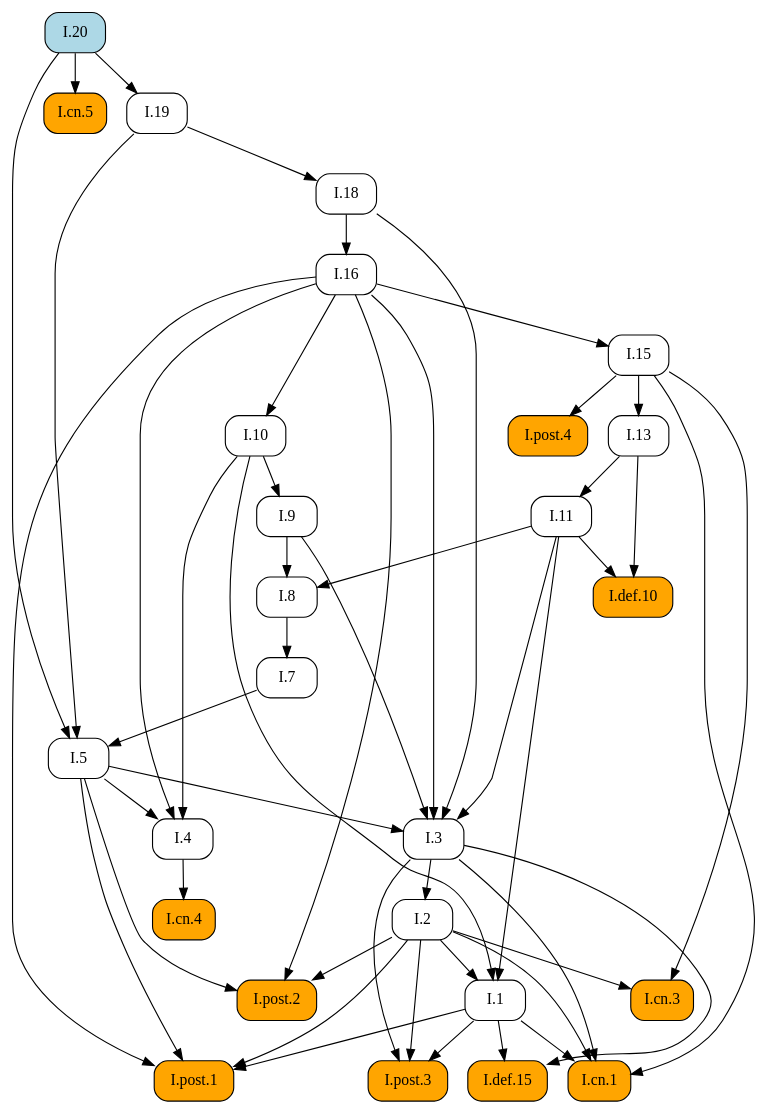
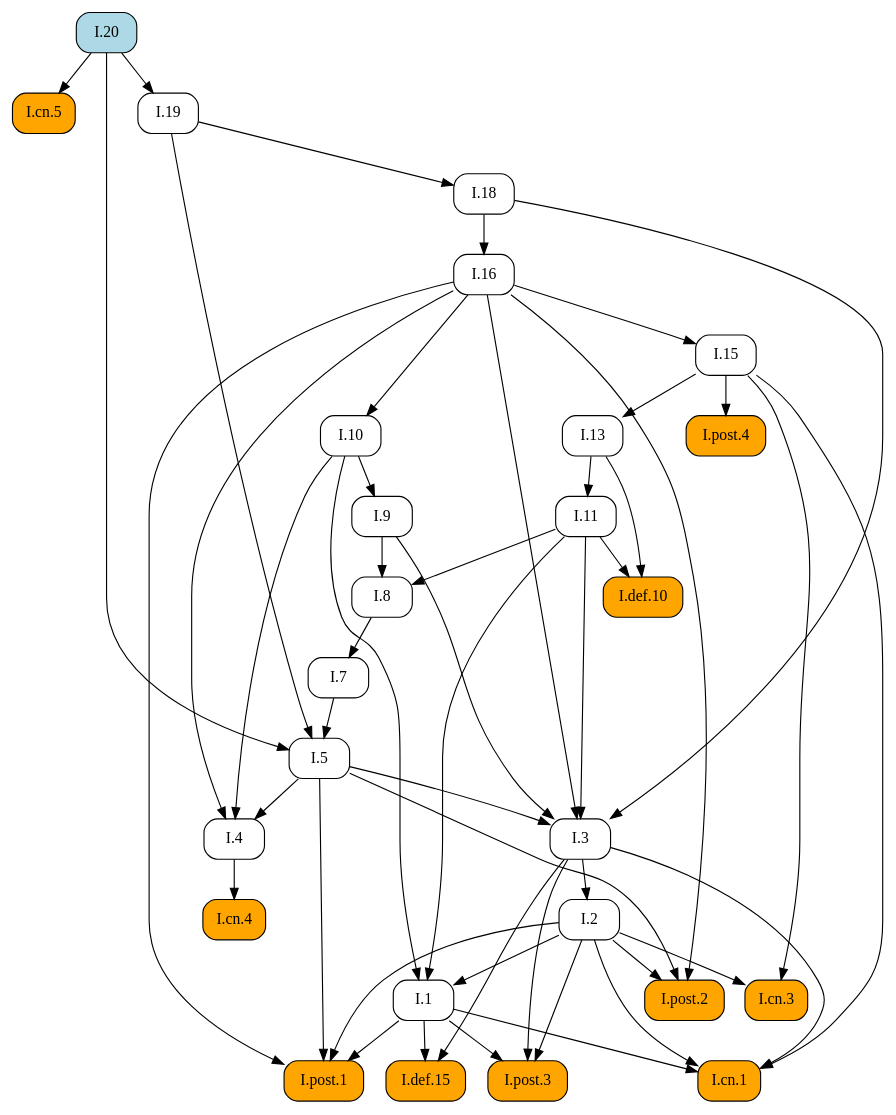
Before and after one commit to geometor/elements: the diagram in docsrc/heath/I/20/index.rst, drawn with Graphviz. The commit also changed other lines of this file and 1029 other files, not shown here.

```diff
--- a/docsrc/heath/I/20/index.rst
+++ b/docsrc/heath/I/20/index.rst
@@ -55,81 +55,81 @@
 .. graphviz::
 
    digraph {
      rankdir="TB";
      node [shape=box, style=rounded];
-     "I.13" [URL="/heath/I/13/", target="_top"];
-     "I.cn.3" [style="rounded,filled", fillcolor=orange, URL="/heath/I/cn.3/", target="_top"];
-     "I.5" [URL="/heath/I/5/", target="_top"];
+     "I.def.10" [style="rounded,filled", fillcolor=orange, URL="/heath/I/def.10/", target="_top"];
+     "I.cn.5" [style="rounded,filled", fillcolor=orange, URL="/heath/I/cn.5/", target="_top"];
+     "I.post.4" [style="rounded,filled", fillcolor=orange, URL="/heath/I/post.4/", target="_top"];
+     "I.1" [URL="/heath/I/1/", target="_top"];
      "I.11" [URL="/heath/I/11/", target="_top"];
      "I.7" [URL="/heath/I/7/", target="_top"];
+     "I.3" [URL="/heath/I/3/", target="_top"];
+     "I.20" [style="rounded,filled", fillcolor=lightblue, URL="/heath/I/20/", target="_top"];
+     "I.2" [URL="/heath/I/2/", target="_top"];
+     "I.4" [URL="/heath/I/4/", target="_top"];
+     "I.13" [URL="/heath/I/13/", target="_top"];
+     "I.post.2" [style="rounded,filled", fillcolor=orange, URL="/heath/I/post.2/", target="_top"];
+     "I.18" [URL="/heath/I/18/", target="_top"];
+     "I.16" [URL="/heath/I/16/", target="_top"];
+     "I.def.15" [style="rounded,filled", fillcolor=orange, URL="/heath/I/def.15/", target="_top"];
+     "I.19" [URL="/heath/I/19/", target="_top"];
+     "I.post.3" [style="rounded,filled", fillcolor=orange, URL="/heath/I/post.3/", target="_top"];
+     "I.9" [URL="/heath/I/9/", target="_top"];
+     "I.cn.1" [style="rounded,filled", fillcolor=orange, URL="/heath/I/cn.1/", target="_top"];
+     "I.cn.3" [style="rounded,filled", fillcolor=orange, URL="/heath/I/cn.3/", target="_top"];
+     "I.8" [URL="/heath/I/8/", target="_top"];
+     "I.cn.4" [style="rounded,filled", fillcolor=orange, URL="/heath/I/cn.4/", target="_top"];
+     "I.15" [URL="/heath/I/15/", target="_top"];
+     "I.post.1" [style="rounded,filled", fillcolor=orange, URL="/heath/I/post.1/", target="_top"];
      "I.10" [URL="/heath/I/10/", target="_top"];
-     "I.4" [URL="/heath/I/4/", target="_top"];
-     "I.3" [URL="/heath/I/3/", target="_top"];
-     "I.16" [URL="/heath/I/16/", target="_top"];
-     "I.8" [URL="/heath/I/8/", target="_top"];
-     "I.9" [URL="/heath/I/9/", target="_top"];
-     "I.def.10" [style="rounded,filled", fillcolor=orange, URL="/heath/I/def.10/", target="_top"];
-     "I.post.4" [style="rounded,filled", fillcolor=orange, URL="/heath/I/post.4/", target="_top"];
-     "I.post.2" [style="rounded,filled", fillcolor=orange, URL="/heath/I/post.2/", target="_top"];
-     "I.2" [URL="/heath/I/2/", target="_top"];
-     "I.def.15" [style="rounded,filled", fillcolor=orange, URL="/heath/I/def.15/", target="_top"];
-     "I.1" [URL="/heath/I/1/", target="_top"];
-     "I.post.3" [style="rounded,filled", fillcolor=orange, URL="/heath/I/post.3/", target="_top"];
-     "I.post.1" [style="rounded,filled", fillcolor=orange, URL="/heath/I/post.1/", target="_top"];
-     "I.cn.5" [style="rounded,filled", fillcolor=orange, URL="/heath/I/cn.5/", target="_top"];
-     "I.20" [style="rounded,filled", fillcolor=lightblue, URL="/heath/I/20/", target="_top"];
-     "I.cn.4" [style="rounded,filled", fillcolor=orange, URL="/heath/I/cn.4/", target="_top"];
-     "I.cn.1" [style="rounded,filled", fillcolor=orange, URL="/heath/I/cn.1/", target="_top"];
-     "I.15" [URL="/heath/I/15/", target="_top"];
-     "I.19" [URL="/heath/I/19/", target="_top"];
-     "I.18" [URL="/heath/I/18/", target="_top"];
-     "I.15" -> "I.13";
-     "I.2" -> "I.cn.3";
-     "I.15" -> "I.cn.3";
-     "I.7" -> "I.5";
-     "I.19" -> "I.5";
-     "I.20" -> "I.5";
+     "I.5" [URL="/heath/I/5/", target="_top"];
+     "I.11" -> "I.def.10";
+     "I.13" -> "I.def.10";
+     "I.20" -> "I.cn.5";
+     "I.15" -> "I.post.4";
+     "I.2" -> "I.1";
+     "I.10" -> "I.1";
+     "I.11" -> "I.1";
      "I.13" -> "I.11";
      "I.8" -> "I.7";
-     "I.16" -> "I.10";
-     "I.5" -> "I.4";
-     "I.10" -> "I.4";
-     "I.16" -> "I.4";
      "I.5" -> "I.3";
      "I.9" -> "I.3";
      "I.11" -> "I.3";
      "I.16" -> "I.3";
      "I.18" -> "I.3";
-     "I.18" -> "I.16";
-     "I.9" -> "I.8";
-     "I.11" -> "I.8";
-     "I.10" -> "I.9";
-     "I.11" -> "I.def.10";
-     "I.13" -> "I.def.10";
-     "I.15" -> "I.post.4";
+     "I.3" -> "I.2";
+     "I.5" -> "I.4";
+     "I.10" -> "I.4";
+     "I.16" -> "I.4";
+     "I.15" -> "I.13";
      "I.2" -> "I.post.2";
      "I.5" -> "I.post.2";
      "I.16" -> "I.post.2";
-     "I.3" -> "I.2";
+     "I.19" -> "I.18";
+     "I.18" -> "I.16";
      "I.1" -> "I.def.15";
      "I.3" -> "I.def.15";
-     "I.2" -> "I.1";
-     "I.10" -> "I.1";
-     "I.11" -> "I.1";
+     "I.20" -> "I.19";
      "I.1" -> "I.post.3";
      "I.2" -> "I.post.3";
      "I.3" -> "I.post.3";
+     "I.10" -> "I.9";
+     "I.1" -> "I.cn.1";
+     "I.2" -> "I.cn.1";
+     "I.3" -> "I.cn.1";
+     "I.15" -> "I.cn.1";
+     "I.2" -> "I.cn.3";
+     "I.15" -> "I.cn.3";
+     "I.9" -> "I.8";
+     "I.11" -> "I.8";
+     "I.4" -> "I.cn.4";
+     "I.16" -> "I.15";
      "I.1" -> "I.post.1";
      "I.2" -> "I.post.1";
      "I.5" -> "I.post.1";
      "I.16" -> "I.post.1";
-     "I.20" -> "I.cn.5";
-     "I.4" -> "I.cn.4";
-     "I.1" -> "I.cn.1";
-     "I.2" -> "I.cn.1";
-     "I.3" -> "I.cn.1";
-     "I.15" -> "I.cn.1";
-     "I.16" -> "I.15";
-     "I.20" -> "I.19";
-     "I.19" -> "I.18";
+     "I.16" -> "I.10";
+     "I.7" -> "I.5";
+     "I.19" -> "I.5";
+     "I.20" -> "I.5";
    }
```
